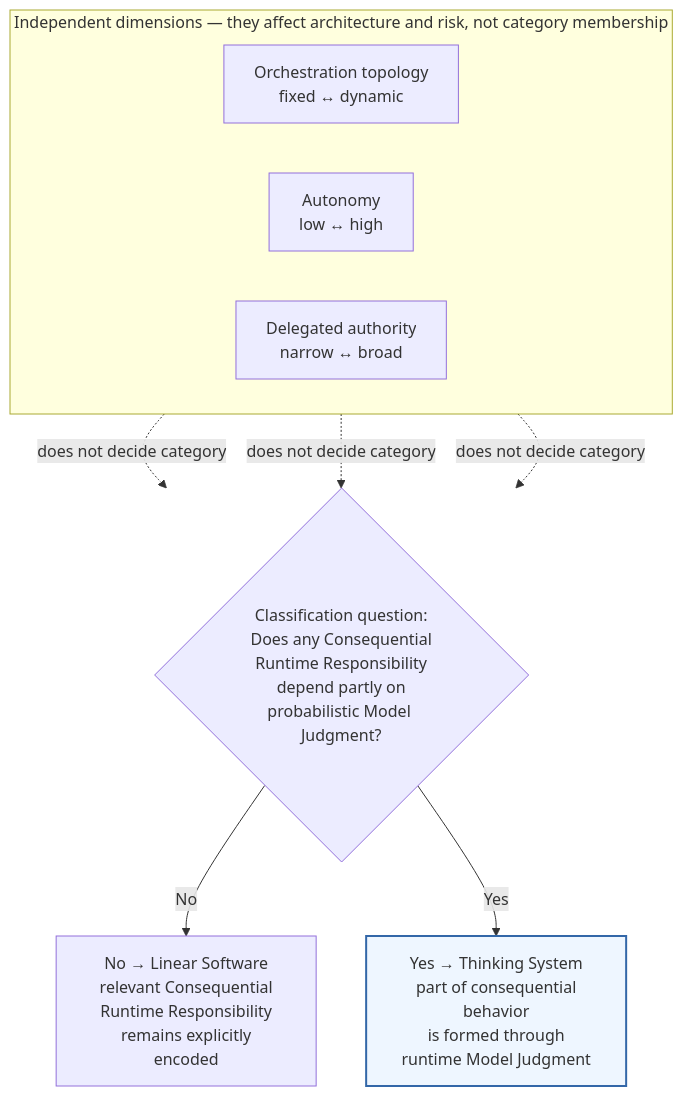
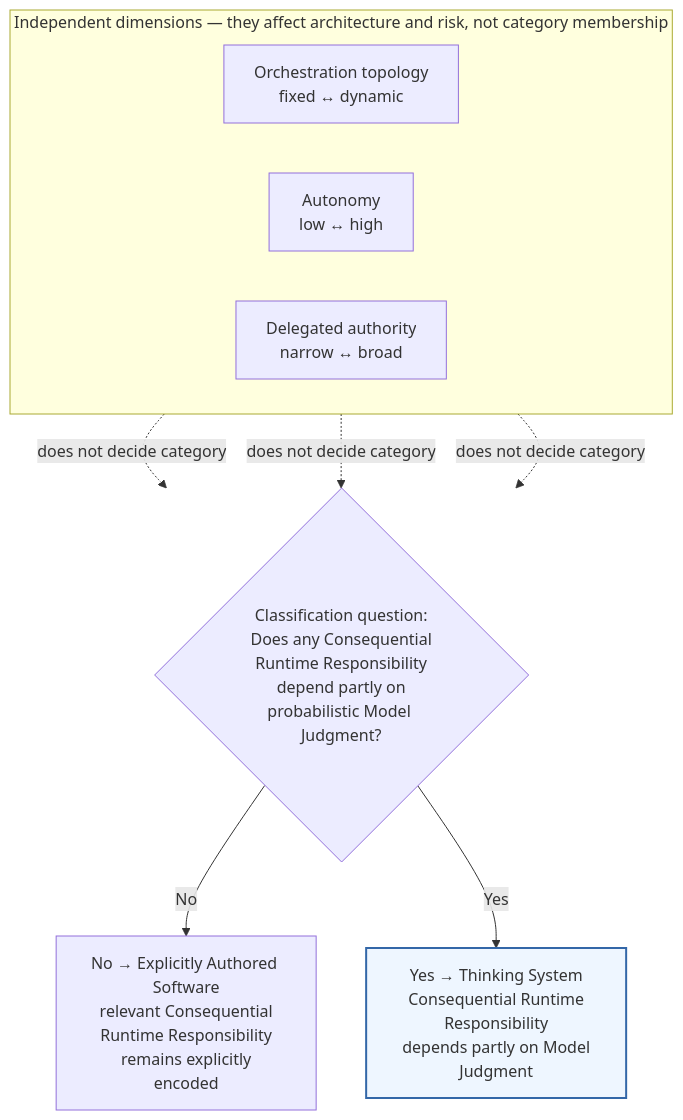
The second of 15 diagrams in content/research/notes/open-engineering-specification-article-draft.md (UncertaintyArchitectureGroup/uncertainty-architecture), drawn with Mermaid before and after one commit. The commit also changed other lines of this file and 17 other files, not shown here.

````diff
--- a/content/research/notes/open-engineering-specification-article-draft.md
+++ b/content/research/notes/open-engineering-specification-article-draft.md
@@ -104,22 +110,22 @@
 ```mermaid
 flowchart TB
     subgraph I["Independent dimensions — they affect architecture and risk, not category membership"]
         direction LR
         O["Orchestration topology<br/> fixed ↔ dynamic"]
         A["Autonomy<br/> low ↔ high"]
         D["Delegated authority<br/> narrow ↔ broad"]
     end
 
     Q{"Classification question:<br/> Does any Consequential Runtime Responsibility<br/> depend partly on probabilistic Model Judgment?"}
-    L["No → Linear Software<br/> relevant Consequential Runtime Responsibility<br/> remains explicitly encoded"]
-    T["Yes → Thinking System<br/> part of consequential behavior<br/> is formed through runtime Model Judgment"]
+    L["No → Explicitly Authored Software<br/> relevant Consequential Runtime Responsibility<br/> remains explicitly encoded"]
+    T["Yes → Thinking System<br/> Consequential Runtime Responsibility<br/> depends partly on Model Judgment"]
 
     O -. does not decide category .-> Q
     A -. does not decide category .-> Q
     D -. does not decide category .-> Q
     Q -->|No| L
     Q -->|Yes| T
 
     classDef thinking fill:#eef6ff,stroke:#3367a8,stroke-width:2px;
     class T thinking;
 ```
````
